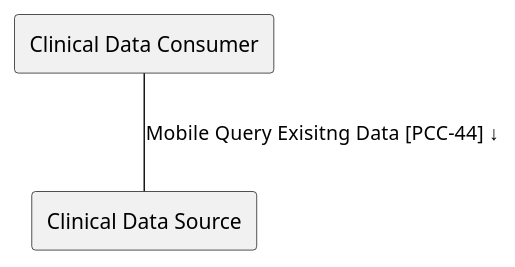
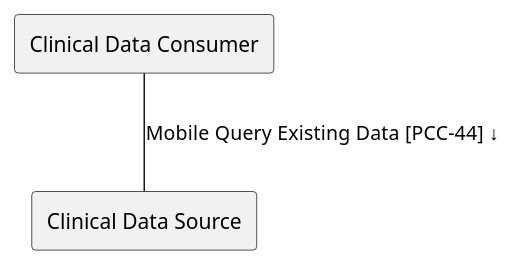
One commit to IHE/PCC.QEDm changed the diagram in input/images-source/ActorsAndTransactions.plantuml. Above: the diagram before and after it, drawn with PlantUML.

```diff
--- a/input/images-source/ActorsAndTransactions.plantuml
+++ b/input/images-source/ActorsAndTransactions.plantuml
@@ -1,5 +1,5 @@
 @startuml
 agent "Clinical Data Consumer" as Client
 agent "Clinical Data Source" as Server
-Client -- Server : "Mobile Query Exisitng Data [PCC-44] ↓"
+Client -- Server : "Mobile Query Existing Data [PCC-44] ↓"
 @enduml
```
